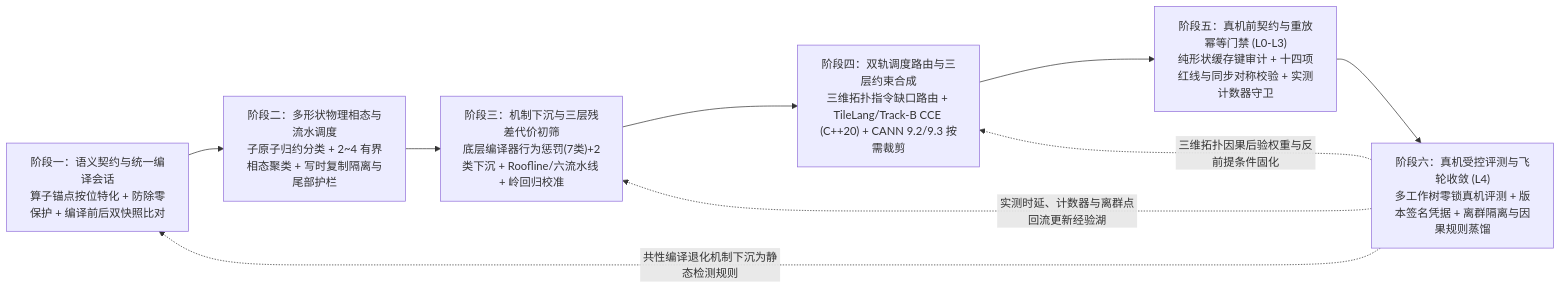
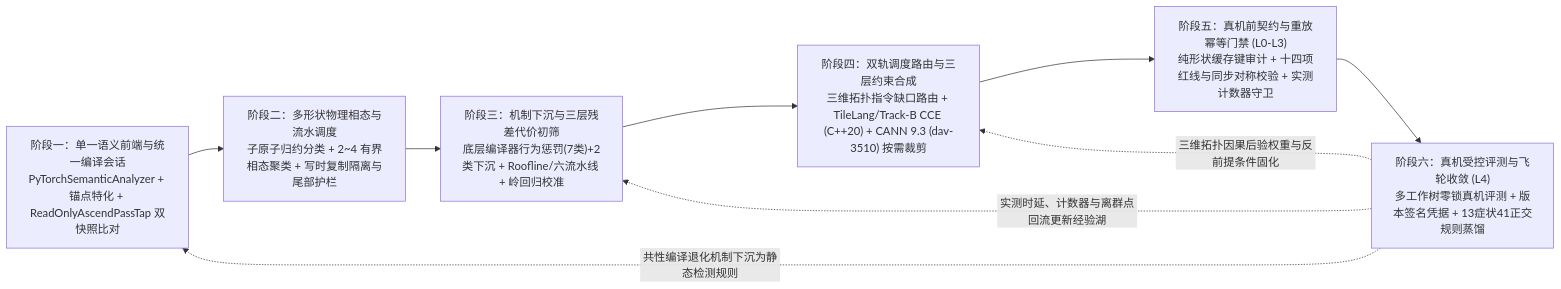
Before and after one commit to jingchangshi/TileFoundry: the diagram in docs/reports/tilefoundry_ascend_e2e_flow.mmd, drawn with Mermaid. The commit also changed 11 other files, not shown here.

```diff
--- a/docs/reports/tilefoundry_ascend_e2e_flow.mmd
+++ b/docs/reports/tilefoundry_ascend_e2e_flow.mmd
@@ -1,12 +1,12 @@
 flowchart LR
-  S1["阶段一：语义契约与统一编译会话<br/>算子锚点按位特化 + 防除零保护 + 编译前后双快照比对"]
+  S1["阶段一：单一语义前端与统一编译会话<br/>PyTorchSemanticAnalyzer + 锚点特化 + ReadOnlyAscendPassTap 双快照比对"]
   S2["阶段二：多形状物理相态与流水调度<br/>子原子归约分类 + 2~4 有界相态聚类 + 写时复制隔离与尾部护栏"]
   S3["阶段三：机制下沉与三层残差代价初筛<br/>底层编译器行为惩罚(7类)+2类下沉 + Roofline/六流水线 + 岭回归校准"]
-  S4["阶段四：双轨调度路由与三层约束合成<br/>三维拓扑指令缺口路由 + TileLang/Track-B CCE (C++20) + CANN 9.2/9.3 按需裁剪"]
+  S4["阶段四：双轨调度路由与三层约束合成<br/>三维拓扑指令缺口路由 + TileLang/Track-B CCE (C++20) + CANN 9.3 (dav-3510) 按需裁剪"]
   S5["阶段五：真机前契约与重放幂等门禁 (L0-L3)<br/>纯形状缓存键审计 + 十四项红线与同步对称校验 + 实测计数器守卫"]
-  S6["阶段六：真机受控评测与飞轮收敛 (L4)<br/>多工作树零锁真机评测 + 版本签名凭据 + 离群隔离与因果规则蒸馏"]
+  S6["阶段六：真机受控评测与飞轮收敛 (L4)<br/>多工作树零锁真机评测 + 版本签名凭据 + 13症状41正交规则蒸馏"]
 
   S1 --> S2 --> S3 --> S4 --> S5 --> S6
   S6 -. "实测时延、计数器与离群点回流更新经验湖" .-> S3
   S6 -. "三维拓扑因果后验权重与反前提条件固化" .-> S4
   S6 -. "共性编译退化机制下沉为静态检测规则" .-> S1
```
